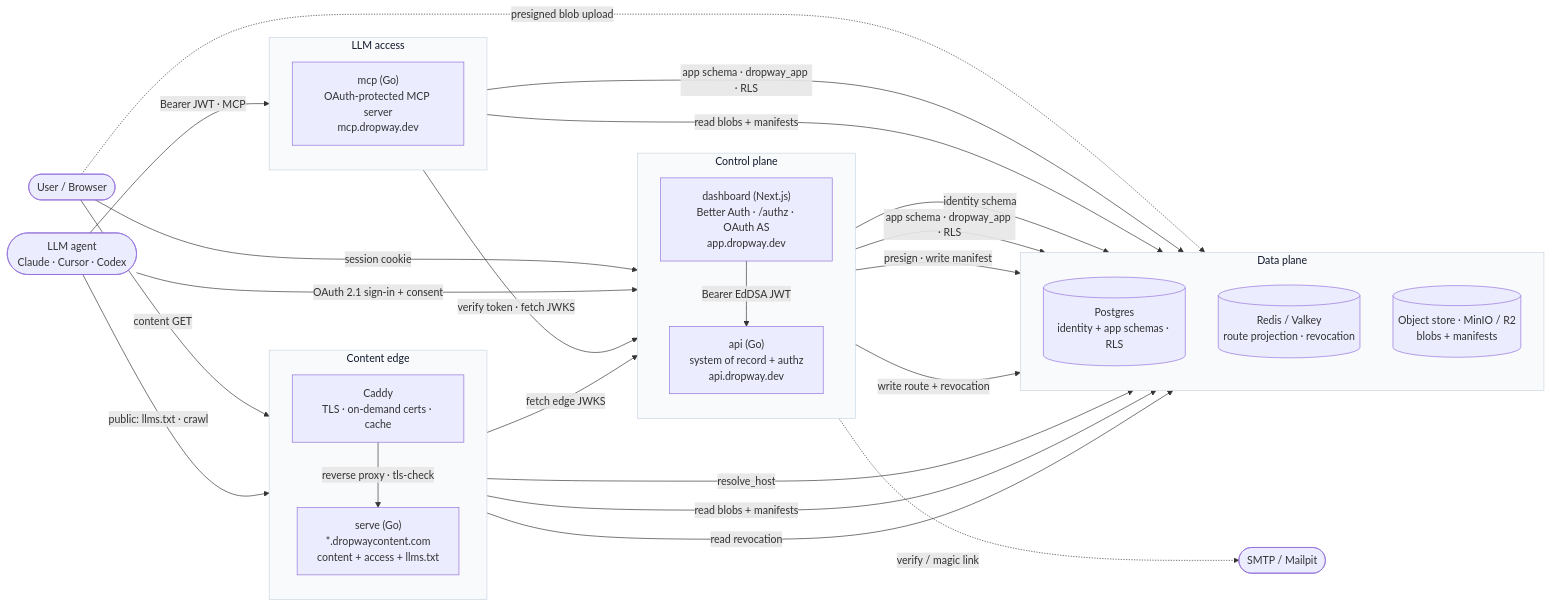
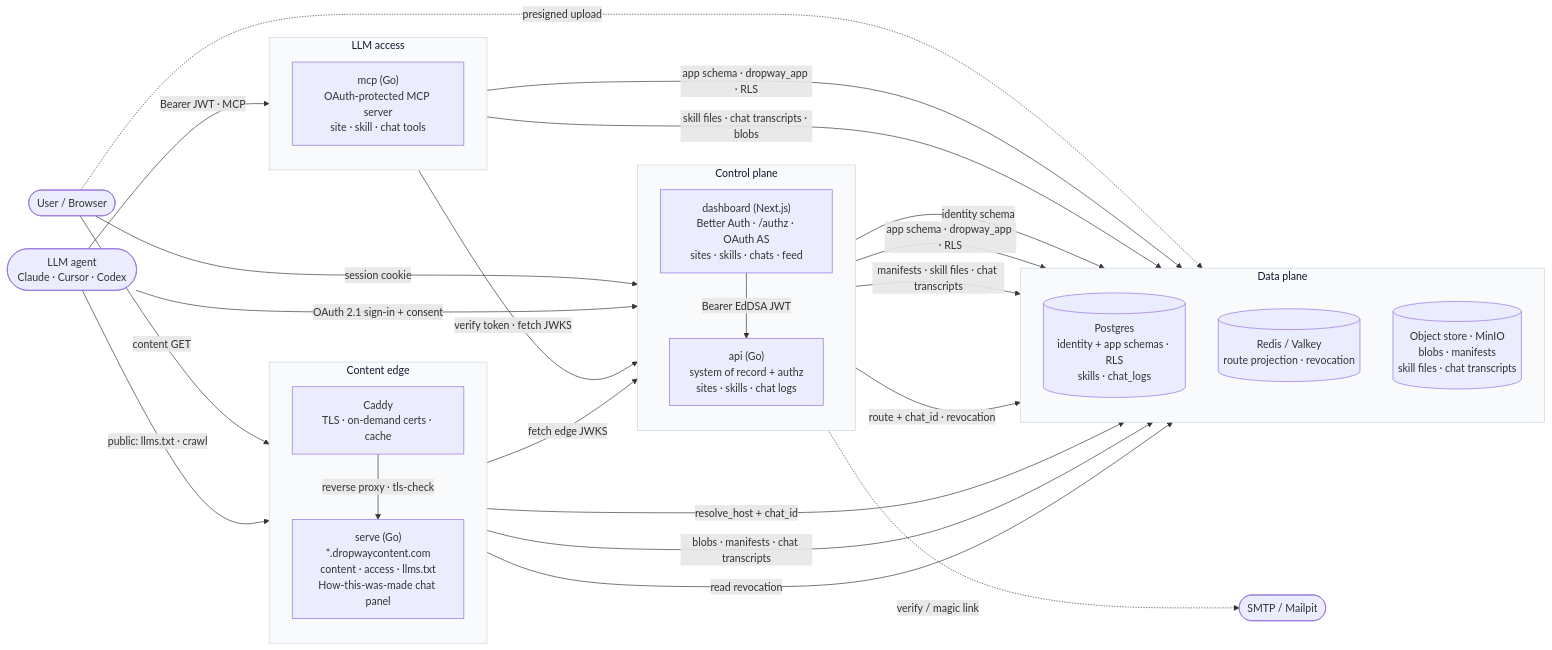
Before and after one commit to danielpang/dropway: the first of 3 diagrams in docs/diagrams/README.md, drawn with Mermaid. The commit also changed other lines of this file and 8 other files, not shown here.

First line of the commit message:
docs: add skills + chat sharing to diagrams; split components into self-host and cloud

````diff
--- a/docs/diagrams/README.md
+++ b/docs/diagrams/README.md
@@ -21,55 +31,55 @@
 ```mermaid
 flowchart LR
   user(["User / Browser"])
   agent(["LLM agent<br/>Claude · Cursor · Codex"])
 
   subgraph edge["Content edge"]
     direction TB
     caddy["Caddy<br/>TLS · on-demand certs · cache"]
-    serve["serve (Go)<br/>*.dropwaycontent.com<br/>content + access + llms.txt"]
+    serve["serve (Go)<br/>*.dropwaycontent.com<br/>content · access · llms.txt<br/>How-this-was-made chat panel"]
   end
 
   subgraph control["Control plane"]
     direction TB
-    dash["dashboard (Next.js)<br/>Better Auth · /authz · OAuth AS<br/>app.dropway.dev"]
-    api["api (Go)<br/>system of record + authz<br/>api.dropway.dev"]
+    dash["dashboard (Next.js)<br/>Better Auth · /authz · OAuth AS<br/>sites · skills · chats · feed"]
+    api["api (Go)<br/>system of record + authz<br/>sites · skills · chat logs"]
   end
 
   subgraph llm["LLM access"]
     direction TB
-    mcp["mcp (Go)<br/>OAuth-protected MCP server<br/>mcp.dropway.dev"]
+    mcp["mcp (Go)<br/>OAuth-protected MCP server<br/>site · skill · chat tools"]
   end
 
   subgraph datap["Data plane"]
     direction TB
-    pg[("Postgres<br/>identity + app schemas · RLS")]
+    pg[("Postgres<br/>identity + app schemas · RLS<br/>skills · chat_logs")]
     redis[("Redis / Valkey<br/>route projection · revocation")]
-    store[("Object store · MinIO / R2<br/>blobs + manifests")]
+    store[("Object store · MinIO<br/>blobs · manifests<br/>skill files · chat transcripts")]
   end
 
   smtp(["SMTP / Mailpit"])
 
   user -->|session cookie| dash
   user -->|content GET| caddy
-  user -. presigned blob upload .-> store
+  user -. presigned upload .-> store
   agent -->|public: llms.txt · crawl| caddy
   agent -->|OAuth 2.1 sign-in + consent| dash
   agent -->|Bearer JWT · MCP| mcp
   caddy -->|reverse proxy · tls-check| serve
   dash -->|Bearer EdDSA JWT| api
   dash -->|identity schema| pg
   dash -. verify / magic link .-> smtp
   api -->|app schema · dropway_app · RLS| pg
-  api -->|presign · write manifest| store
-  api -->|write route + revocation| redis
-  serve -->|resolve_host| pg
-  serve -->|read blobs + manifests| store
+  api -->|manifests · skill files · chat transcripts| store
+  api -->|route + chat_id · revocation| redis
+  serve -->|resolve_host + chat_id| pg
+  serve -->|blobs · manifests · chat transcripts| store
   serve -->|read revocation| redis
   serve -->|fetch edge JWKS| api
   mcp -->|verify token · fetch JWKS| dash
   mcp -->|app schema · dropway_app · RLS| pg
-  mcp -->|read blobs + manifests| store
+  mcp -->|skill files · chat transcripts · blobs| store
 
   classDef plane fill:#f8fafc,stroke:#cbd5e1,color:#0f172a;
   class edge,control,datap,llm plane;
 ```
````
